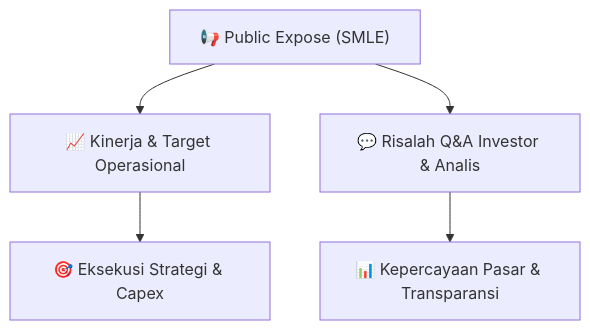
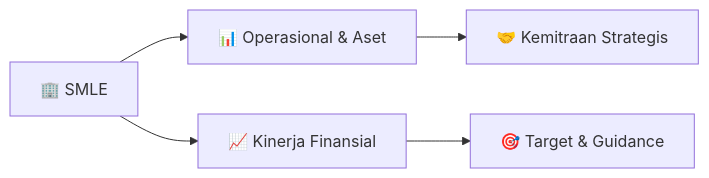
One commit to anYoneo/alphadigest-idx changed the diagram in Finplan_analyst/knowledge-base/public-exposes/informasi-pubex/SMLE_Public_Expose_20260908.md. Above: the diagram before and after it, drawn with Mermaid. The commit also changed other lines of this file and 526 other files, not shown here.

````diff
--- a/Finplan_analyst/knowledge-base/public-exposes/informasi-pubex/SMLE_Public_Expose_20260908.md
+++ b/Finplan_analyst/knowledge-base/public-exposes/informasi-pubex/SMLE_Public_Expose_20260908.md
@@ -37,7 +77,7 @@
 ```mermaid
-flowchart TD
-    A["📢 Public Expose (SMLE)"] --> B["📈 Kinerja & Target Operasional"]
-    A --> C["💬 Risalah Q&A Investor & Analis"]
-    B --> D["🎯 Eksekusi Strategi & Capex"]
-    C --> E["📊 Kepercayaan Pasar & Transparansi"]
+flowchart LR
+    A["🏢 SMLE"] --> B["📊 Operasional & Aset"]
+    A --> C["📈 Kinerja Finansial"]
+    B --> D["🤝 Kemitraan Strategis"]
+    C --> E["🎯 Target & Guidance"]
 ```
````
